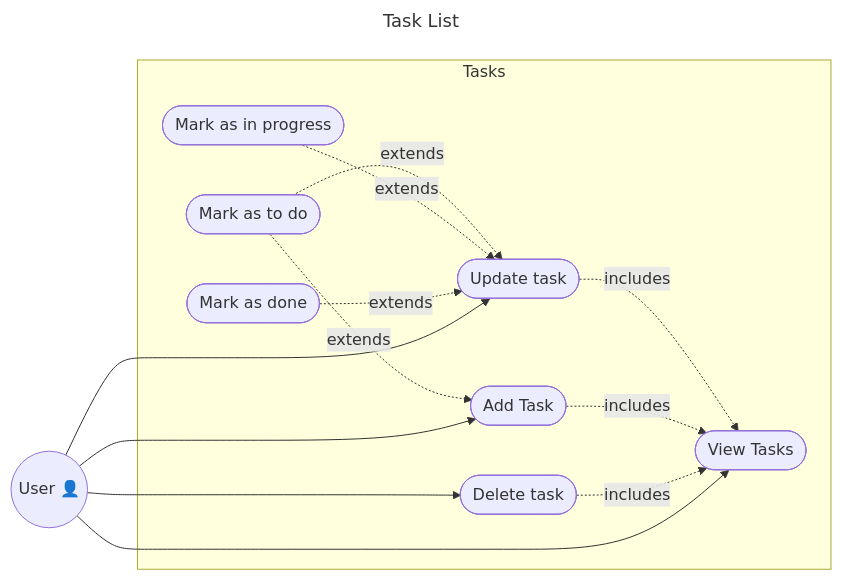
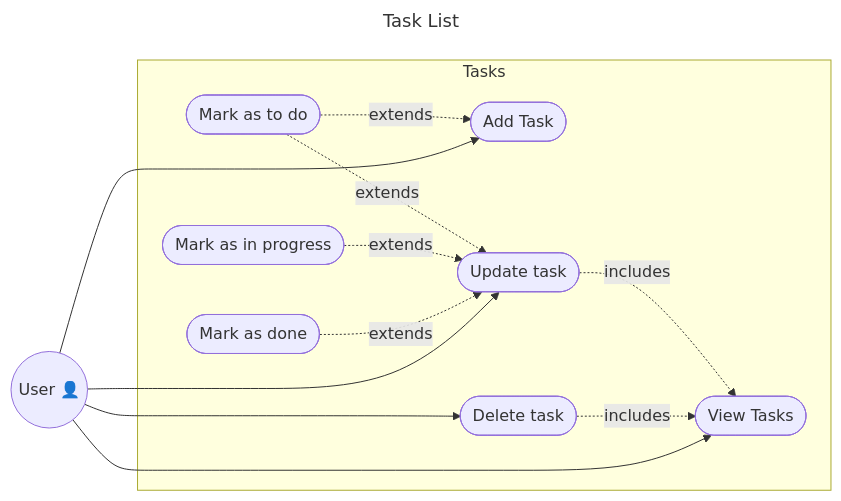
The diagram in docs/main.md (danielbarrossales/habita), drawn with Mermaid before and after one commit.

Commit message:
doc: remove add task usecase dependency on view uc
close #2;

````diff
--- a/docs/main.md
+++ b/docs/main.md
@@ -4,31 +4,30 @@
 ```mermaid
 ---
 title: Task List
 ---
 flowchart LR;
   subgraph Tasks;
     view([View Tasks]);
     add([Add Task]);
     update([Update task]);
     delete([Delete task]);
     markToDo([Mark as to do]);
     markInProgress([Mark as in progress]);
     markDone([Mark as done]);
 
     markToDo -. extends .-> update;
     markInProgress -. extends .-> update;
     markDone -. extends .-> update;
 
     update -. includes .-> view;
-    add -. includes .-> view;
     markToDo -. extends .-> add;
     delete -. includes .-> view;
   end;
 
   user((User 👤));
 
   user --> view;
   user --> add;
   user ---> update;
   user --> delete;
 ```
````
